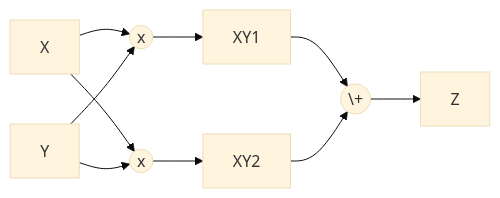
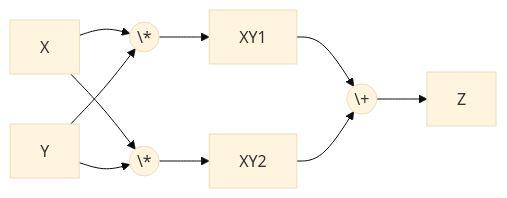
Before and after one commit to lalitm1004/lm04-blog: the second of 2 diagrams in src/content/blog/002-oxigrad-01.md, drawn with Mermaid (base theme). The commit also changed other lines of this file, not shown here.

````diff
--- a/src/content/blog/002-oxigrad-01.md
+++ b/src/content/blog/002-oxigrad-01.md
@@ -269,20 +269,20 @@
 ```mermaid
 flowchart LR
 	X["X"]
 	Y["Y"]
-	MUL1(("x"))
-	MUL2(("x"))
+	MUL1(("\*"))
+	MUL2(("\*"))
 	X --> MUL1
 	X --> MUL2
 	Y --> MUL1
 	Y --> MUL2
 	XY1["XY1"]
 	XY2["XY2"]
 	MUL1 --> XY1
 	MUL2 --> XY2
 	ADD(("\+"))
 	XY1 --> ADD
 	XY2 --> ADD
 	Z["Z"]
 	ADD --> Z
 ```
````
